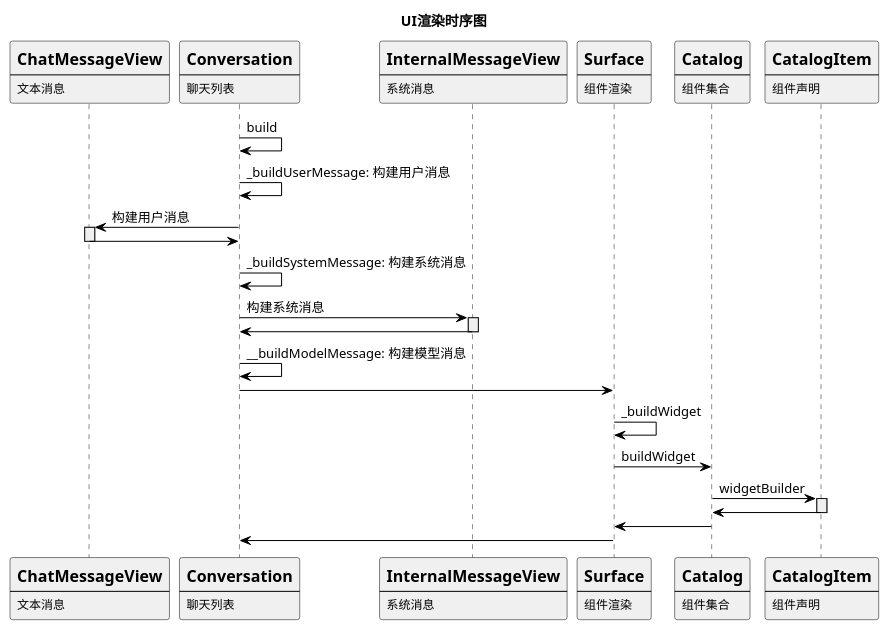
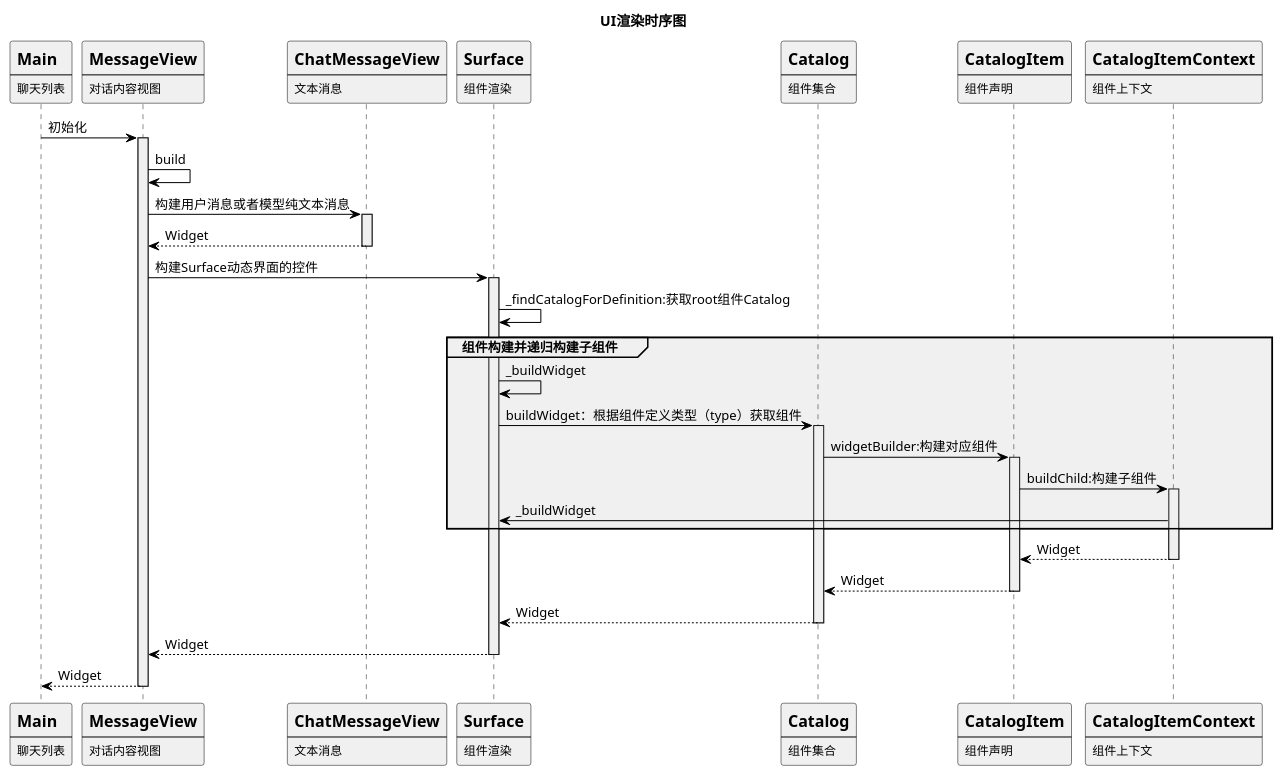
One commit to peihua8858/genui changed the second of 2 diagrams in examples/simple_chat/数据交互时序图.puml. Above: the diagram before and after it, drawn with PlantUML. The commit also changed other lines of this file and 18 other files, not shown here.

Commit message:
1、修改时序图 2、修复网络请求未完全返回时暂停UI交互

```diff
--- a/examples/simple_chat/数据交互时序图.puml
+++ b/examples/simple_chat/数据交互时序图.puml
@@ -165,80 +175,82 @@
 @startuml
 'UI渲染时序图'
 'https://plantuml.com/sequence-diagram
 <style>
 element {
   BackGroundColor: #f0f0f0
 }
  sequenceDiagram {
     participant {
       FontColor: #000;
       FontSize: 12;
       FontStyle: normal;
       LineColor: #000;
       HorizontalAlignment: left;
     }
     note {
       FontColor: #000;
       FontSize: 12;
       FontStyle: normal;
     }
     arrow {
       FontColor: black;
       LineColor: black;
     }
   }
 </style>
 title UI渲染时序图
 skinparam sequenceMessageAlign left
+participant Main [
+    =Main
+    ----
+    聊天列表
+]
+participant MessageView [
+    =MessageView
+    ----
+    对话内容视图
+]
 participant ChatMessageView [
     =ChatMessageView
     ----
     文本消息
-]
-participant Conversation [
-    =Conversation
-    ----
-    聊天列表
-]
-participant InternalMessageView [
-    =InternalMessageView
-    ----
-    系统消息
 ]
 participant Surface [
     =Surface
     ----
     组件渲染
 ]
 participant Catalog [
     =Catalog
     ----
     组件集合
 ]
 participant CatalogItem [
     =CatalogItem
     ----
     组件声明
 ]
-Conversation -> Conversation: build
-Conversation ->Conversation: _buildUserMessage: 构建用户消息
-Conversation -> ChatMessageView:构建用户消息
-activate ChatMessageView
-ChatMessageView -> Conversation
-deactivate ChatMessageView
-Conversation ->Conversation:_buildSystemMessage: 构建系统消息
-Conversation -> InternalMessageView:构建系统消息
-activate InternalMessageView
-InternalMessageView -> Conversation
-deactivate InternalMessageView
-Conversation ->Conversation:__buildModelMessage: 构建模型消息
-Conversation -> Surface
-Surface -> Surface: _buildWidget
-Surface -> Catalog:buildWidget
-Catalog -> CatalogItem:widgetBuilder
-activate CatalogItem
-CatalogItem -> Catalog
-deactivate CatalogItem
-Catalog -> Surface
-Surface -> Conversation
+participant CatalogItemContext [
+    =CatalogItemContext
+    ----
+    组件上下文
+]
+Main ->MessageView++:初始化
+MessageView ->MessageView: build
+MessageView -> ChatMessageView++:构建用户消息或者模型纯文本消息
+return Widget
+MessageView ->Surface++:构建Surface动态界面的控件
+Surface -> Surface:_findCatalogForDefinition:获取root组件Catalog
+group 组件构建并递归构建子组件
+    Surface -> Surface: _buildWidget
+    Surface -> Catalog++:buildWidget：根据组件定义类型（type）获取组件
+    Catalog -> CatalogItem ++:widgetBuilder:构建对应组件
+    CatalogItem -> CatalogItemContext ++ :buildChild:构建子组件
+    CatalogItemContext -> Surface:_buildWidget
+end
+return Widget
+return Widget
+return Widget
+return Widget
+return Widget
 @enduml
```
